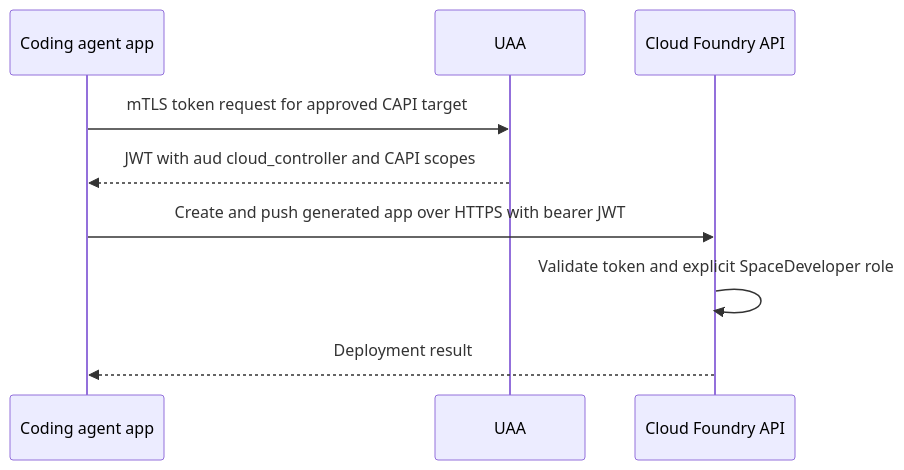
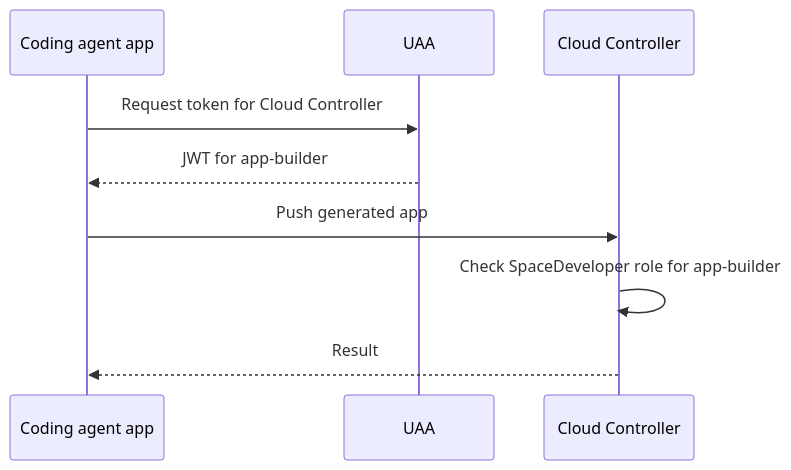
One commit to cloudfoundry/community changed the third of 3 diagrams in toc/rfc/rfc-draft-service-accounts.md. Above: the diagram before and after it, drawn with Mermaid. The commit also changed other lines of this file, not shown here.

````diff
--- a/toc/rfc/rfc-draft-service-accounts.md
+++ b/toc/rfc/rfc-draft-service-accounts.md
@@ -218,11 +161,11 @@
 ```mermaid
 sequenceDiagram
     participant Agent as Coding agent app
     participant UAA
-    participant CAPI as Cloud Foundry API
-    Agent->>UAA: mTLS token request for approved CAPI target
-    UAA-->>Agent: JWT with aud cloud_controller and CAPI scopes
-    Agent->>CAPI: Create and push generated app over HTTPS with bearer JWT
-    CAPI->>CAPI: Validate token and explicit SpaceDeveloper role
-    CAPI-->>Agent: Deployment result
+    participant CAPI as Cloud Controller
+    Agent->>UAA: Request token for Cloud Controller
+    UAA-->>Agent: JWT for app-builder
+    Agent->>CAPI: Push generated app
+    CAPI->>CAPI: Check SpaceDeveloper role for app-builder
+    CAPI-->>Agent: Result
 ```
````
